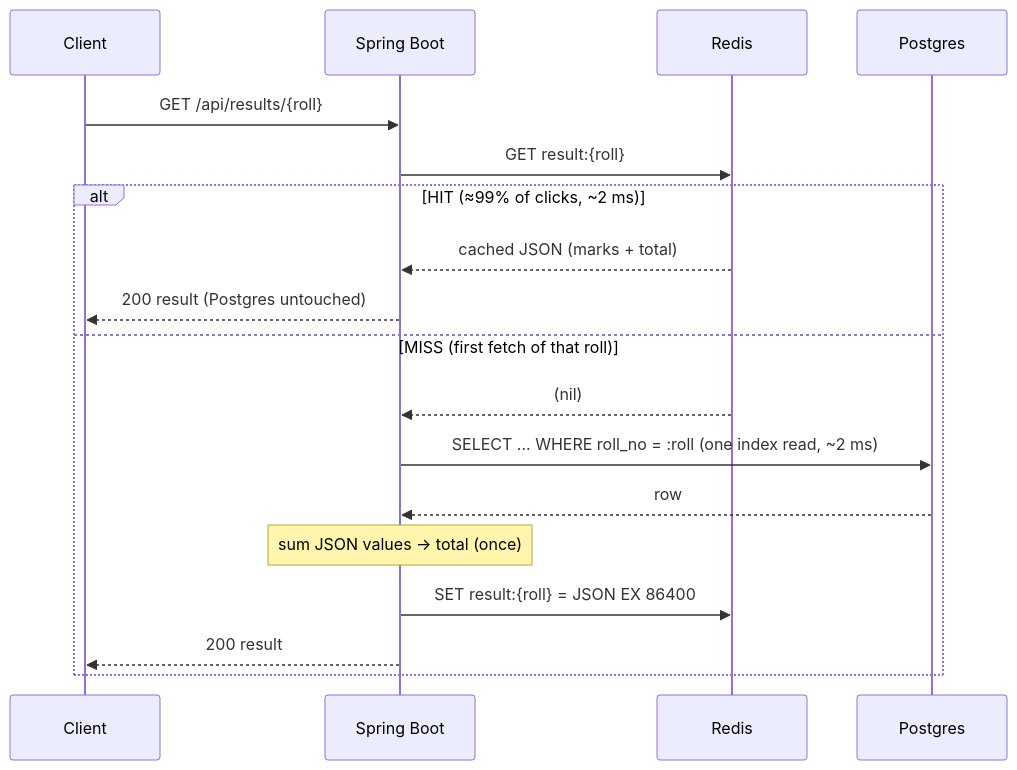
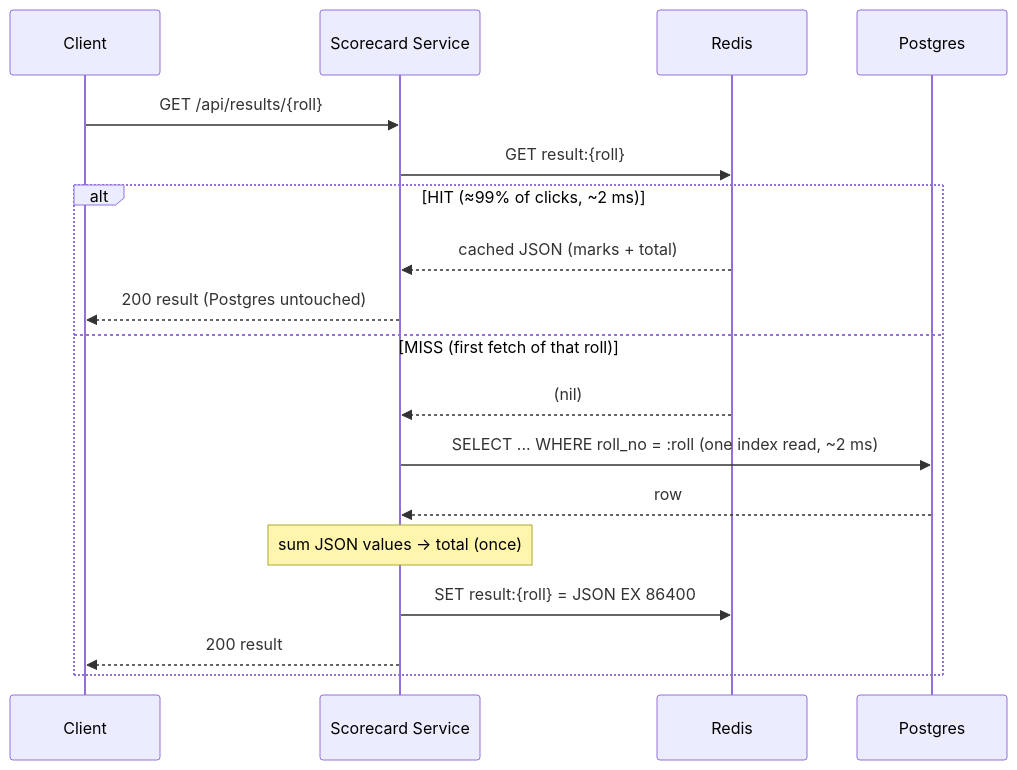
The second of 2 diagrams in system-design/new/02. exam result.md (psquared-dev/java-questions), drawn with Mermaid before and after one commit. The commit also changed other lines of this file, not shown here.

````diff
--- a/system-design/new/02. exam result.md
+++ b/system-design/new/02. exam result.md
@@ -157,21 +122,21 @@
 ```mermaid
 sequenceDiagram
     participant C as Client
-    participant A as Spring Boot
+    participant A as Scorecard Service
     participant R as Redis
     participant P as Postgres
+    C ->> A: GET /api/results/{roll}
+    A ->> R: GET result:{roll}
+    alt HIT (≈99% of clicks, ~2 ms)
+        R -->> A: cached JSON (marks + total)
+        A -->> C: 200 result (Postgres untouched)
+    else MISS (first fetch of that roll)
+        R -->> A: (nil)
+        A ->> P: SELECT ... WHERE roll_no = :roll (one index read, ~2 ms)
+        P -->> A: row
+        Note over A: sum JSON values → total (once)
+        A ->> R: SET result:{roll} = JSON EX 86400
+        A -->> C: 200 result
+    end
 
-    C->>A: GET /api/results/{roll}
-    A->>R: GET result:{roll}
-    alt HIT (≈99% of clicks, ~2 ms)
-        R-->>A: cached JSON (marks + total)
-        A-->>C: 200 result   (Postgres untouched)
-    else MISS (first fetch of that roll)
-        R-->>A: (nil)
-        A->>P: SELECT ... WHERE roll_no = :roll   (one index read, ~2 ms)
-        P-->>A: row
-        Note over A: sum JSON values → total (once)
-        A->>R: SET result:{roll} = JSON  EX 86400
-        A-->>C: 200 result
-    end
 ```
````
